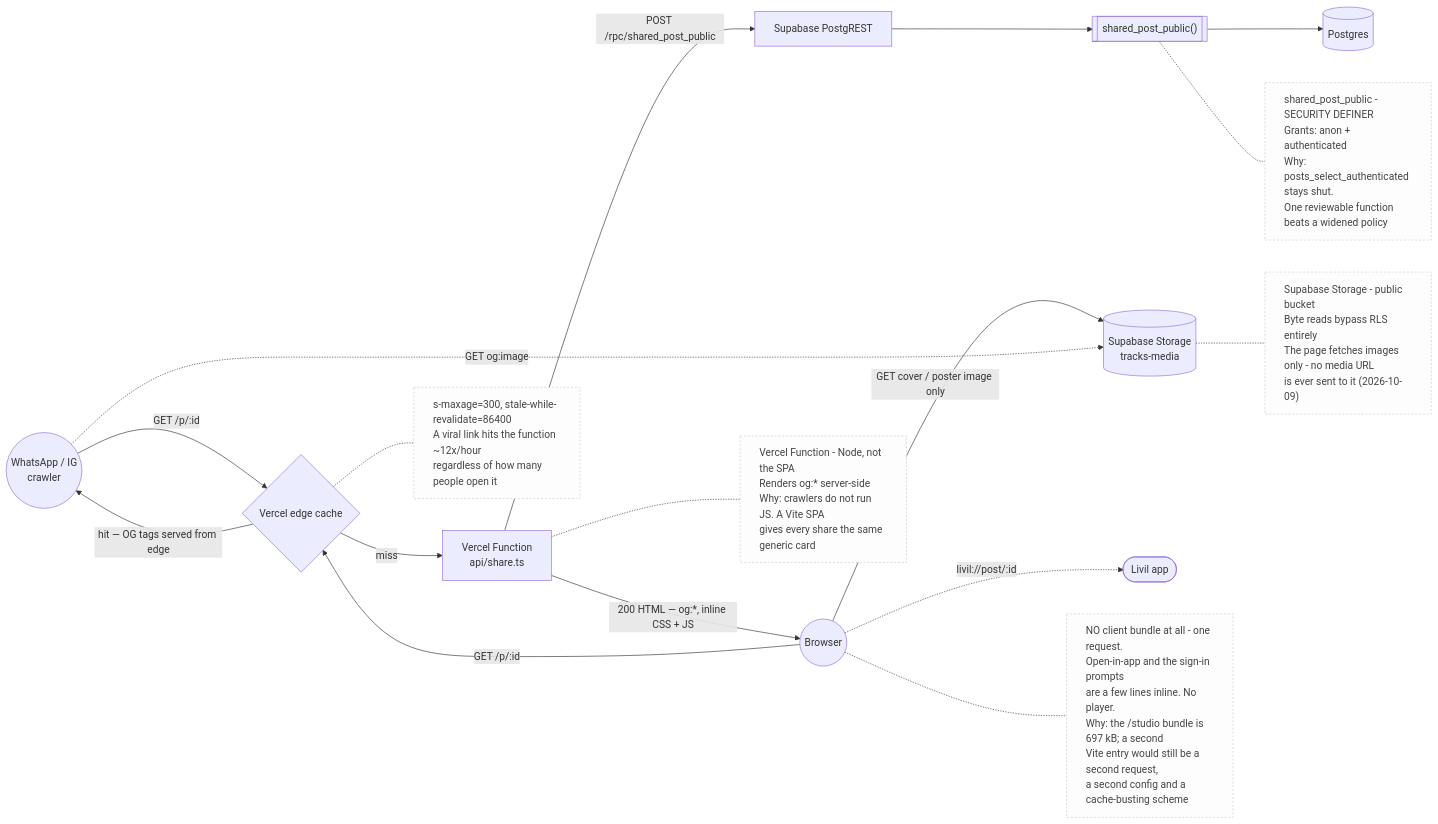
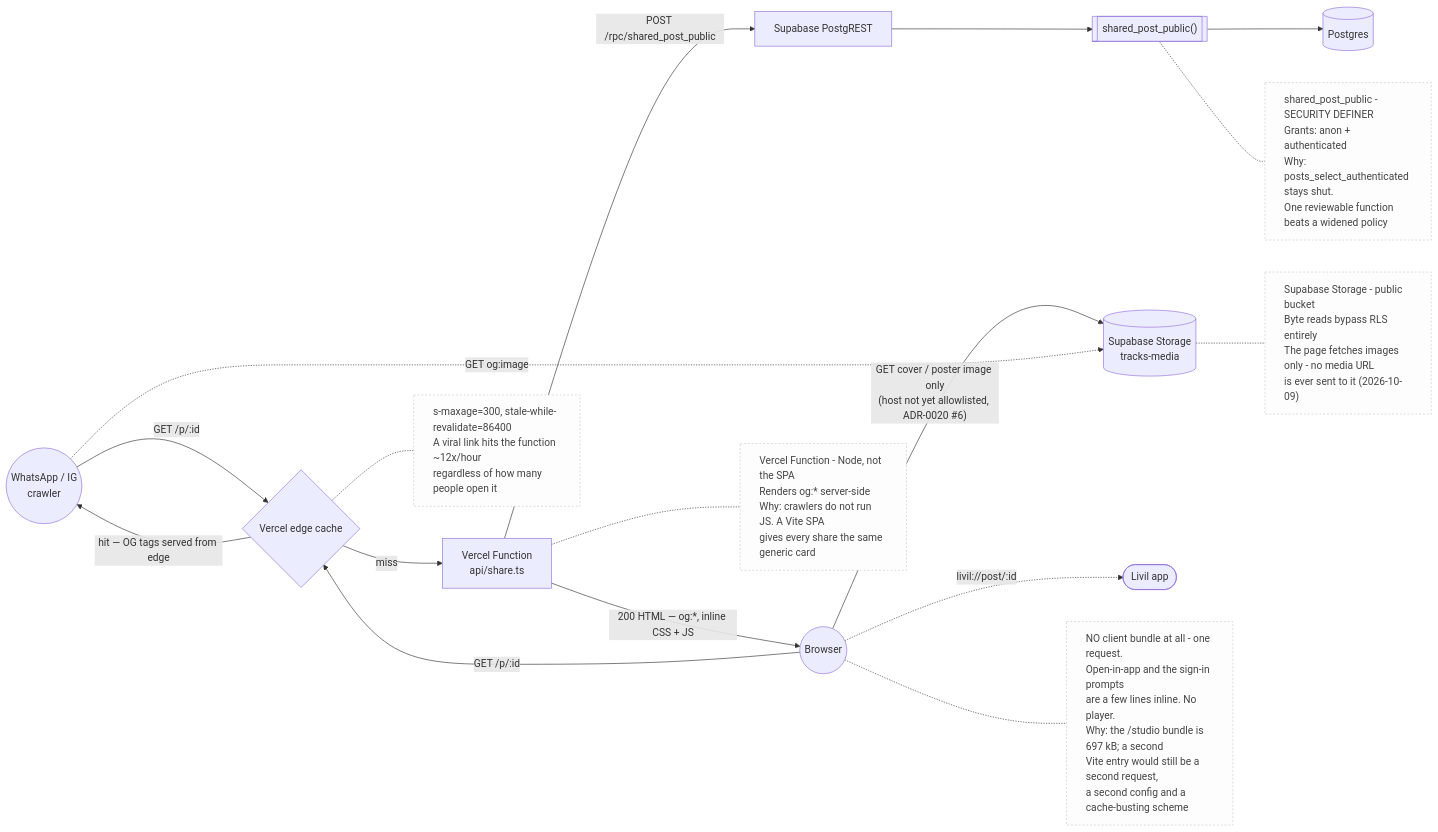
Before and after one commit to vvkiitkgp/livil: the second of 5 diagrams in kb/architecture/post-sharing.md, drawn with Mermaid. The commit also changed other lines of this file and 1 other file, not shown here.

First line of the commit message:
Share page: correct the ADR-0020 claim and spell out deploy order

````diff
--- a/kb/architecture/post-sharing.md
+++ b/kb/architecture/post-sharing.md
@@ -350,39 +354,39 @@
 ```mermaid
 flowchart LR
     Crawler(("WhatsApp / IG<br/>crawler"))
     Visitor((Browser))
     VF["Vercel Function<br/>api/share.ts"]
     CDN{"Vercel edge cache"}
     PGRST["Supabase PostgREST"]
     RPC[["shared_post_public()"]]
     PG[("Postgres")]
     STOR[("Supabase Storage<br/>tracks-media")]
     APP(["Livil app"])
 
     Crawler -->|"GET /p/:id"| CDN
     Visitor -->|"GET /p/:id"| CDN
     CDN -->|"miss"| VF
     CDN -->|"hit — OG tags served from edge"| Crawler
     VF -->|"POST /rpc/shared_post_public"| PGRST
     PGRST --> RPC
     RPC --> PG
     VF -->|"200 HTML — og:*, inline CSS + JS"| Visitor
-    Visitor -->|"GET cover / poster image only"| STOR
+    Visitor -->|"GET cover / poster image only<br/>(host not yet allowlisted, ADR-0020 #6)"| STOR
     Visitor -.->|"livil://post/:id"| APP
     Crawler -.->|"GET og:image"| STOR
 
     nRPC["shared_post_public - SECURITY DEFINER<br/>Grants: anon + authenticated<br/>Why: posts_select_authenticated stays shut.<br/>One reviewable function beats a widened policy"]
     nVF["Vercel Function - Node, not the SPA<br/>Renders og:* server-side<br/>Why: crawlers do not run JS. A Vite SPA<br/>gives every share the same generic card"]
     nCDN["s-maxage=300, stale-while-revalidate=86400<br/>A viral link hits the function ~12x/hour<br/>regardless of how many people open it"]
     nStor["Supabase Storage - public bucket<br/>Byte reads bypass RLS entirely<br/>The page fetches images only - no media URL<br/>is ever sent to it (2026-10-09)"]
     nSPA["NO client bundle at all - one request.<br/>Open-in-app and the sign-in prompts<br/>are a few lines inline. No player.<br/>Why: the /studio bundle is 697 kB; a second<br/>Vite entry would still be a second request,<br/>a second config and a cache-busting scheme"]
 
     RPC -.- nRPC
     VF -.- nVF
     CDN -.- nCDN
     STOR -.- nStor
     Visitor -.- nSPA
 
     classDef note fill:#fdfdfd,stroke:#c8c8c8,stroke-width:1px,stroke-dasharray:3 3,color:#444,text-align:left
     class nRPC,nVF,nCDN,nStor,nSPA note
 ```
````
